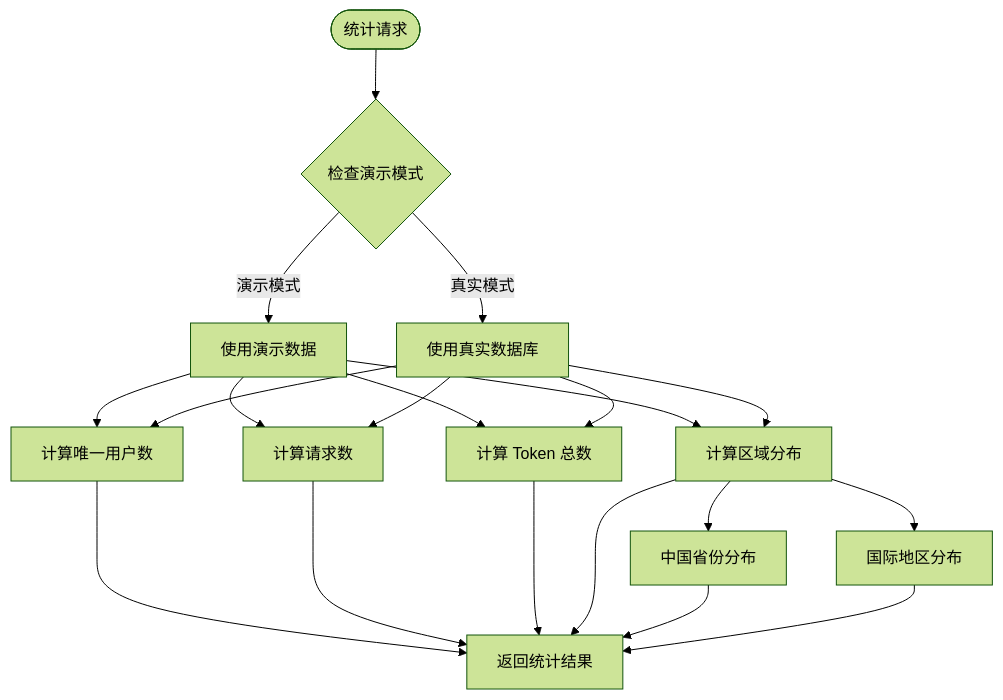
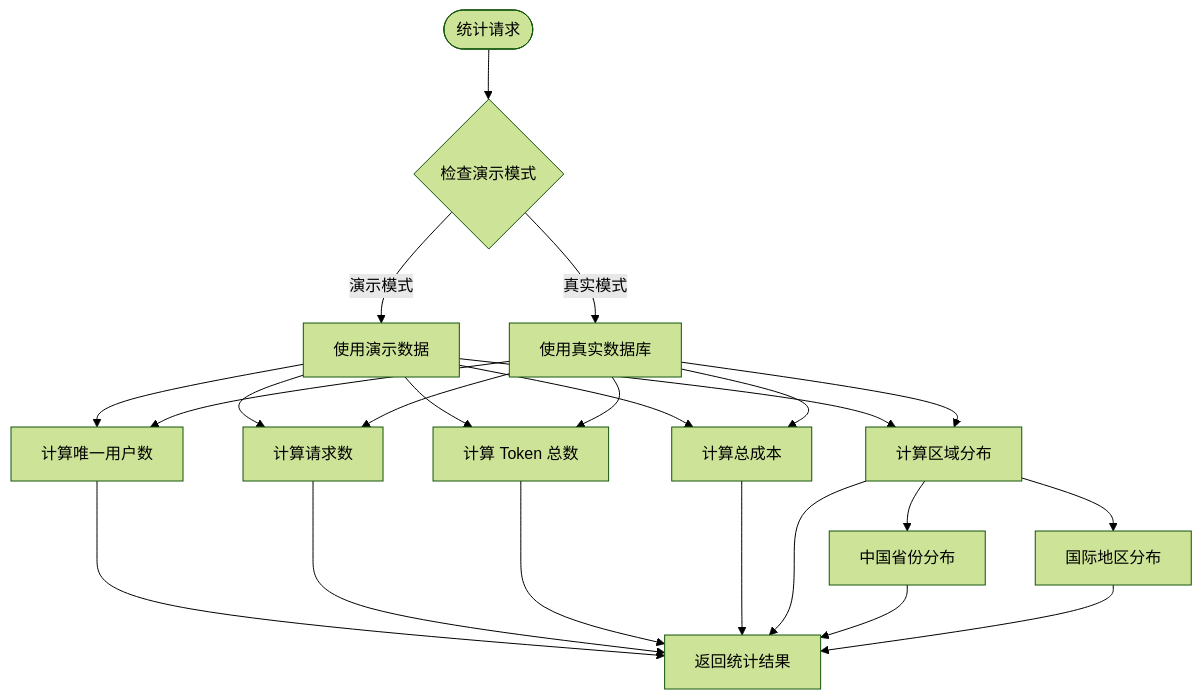
One commit to RadiumAg/AIGate changed the fifth of 11 diagrams in .qoder/repowiki/zh/content/核心功能/演示模式系统.md. Above: the diagram before and after it, drawn with Mermaid (forest theme). The commit also changed other lines of this file and 7 other files, not shown here.

````diff
--- a/.qoder/repowiki/zh/content/核心功能/演示模式系统.md
+++ b/.qoder/repowiki/zh/content/核心功能/演示模式系统.md
@@ -342,22 +372,25 @@
 ```mermaid
 flowchart TD
 Start([统计请求]) --> CheckMode{检查演示模式}
 CheckMode --> |演示模式| UseDemoData[使用演示数据]
 CheckMode --> |真实模式| UseRealDB[使用真实数据库]
 UseDemoData --> DistinctUsers[计算唯一用户数]
 UseDemoData --> RequestCount[计算请求数]
 UseDemoData --> TokenSum[计算 Token 总数]
+UseDemoData --> CostSum[计算总成本]
 UseDemoData --> RegionDist[计算区域分布]
 RegionDist --> ChinaProvinces[中国省份分布]
 RegionDist --> InternationalRegions[国际地区分布]
 UseRealDB --> DistinctUsers
 UseRealDB --> RequestCount
 UseRealDB --> TokenSum
+UseRealDB --> CostSum
 UseRealDB --> RegionDist
 DistinctUsers --> ReturnStats[返回统计结果]
 RequestCount --> ReturnStats
 TokenSum --> ReturnStats
+CostSum --> ReturnStats
 RegionDist --> ReturnStats
 ChinaProvinces --> ReturnStats
 InternationalRegions --> ReturnStats
 ```
````
